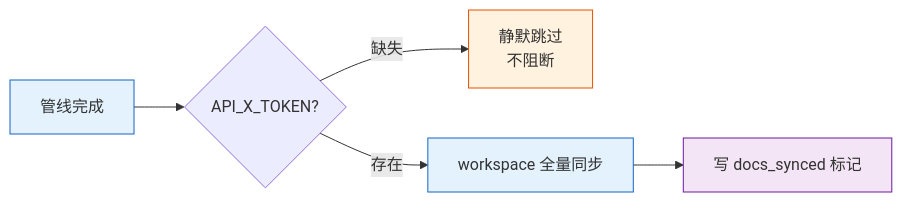
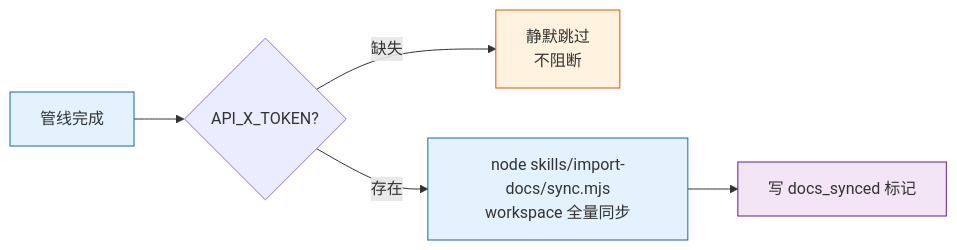
Before and after one commit to effiy/YrY: the sixth of 8 diagrams in skills/import-docs/SKILL.md, drawn with Mermaid. The commit also changed other lines of this file and 13 other files, not shown here.

````diff
--- a/skills/import-docs/SKILL.md
+++ b/skills/import-docs/SKILL.md
@@ -240,12 +243,12 @@
 ```mermaid
 flowchart LR
     PIPE["管线完成"]:::s --> CHK{"API_X_TOKEN?"}
     CHK -->|"缺失"| SKIP["静默跳过<br/>不阻断"]:::warn
-    CHK -->|"存在"| RUN["workspace 全量同步"]:::op
+    CHK -->|"存在"| RUN["node skills/import-docs/sync.mjs<br/>workspace 全量同步"]:::op
     RUN --> MARK["写 docs_synced 标记"]:::out
 
     classDef s fill:#e3f2fd,stroke:#1565c0;
     classDef op fill:#e3f2fd,stroke:#1565c0;
     classDef warn fill:#fff3e0,stroke:#e65100;
     classDef out fill:#f3e5f5,stroke:#6a1b9a;
 ```
````
